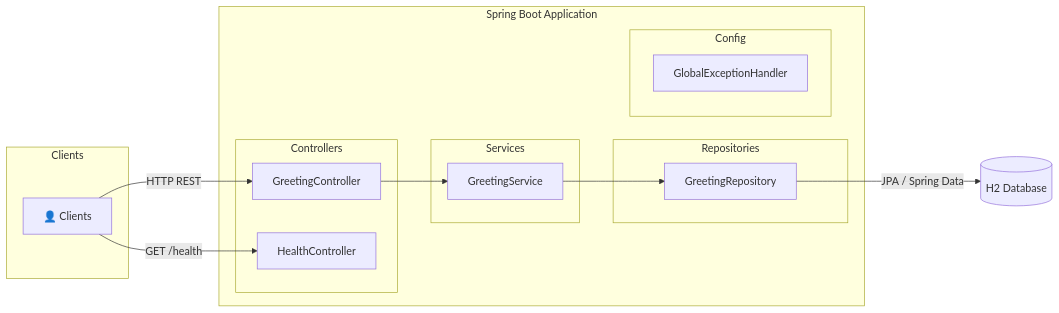
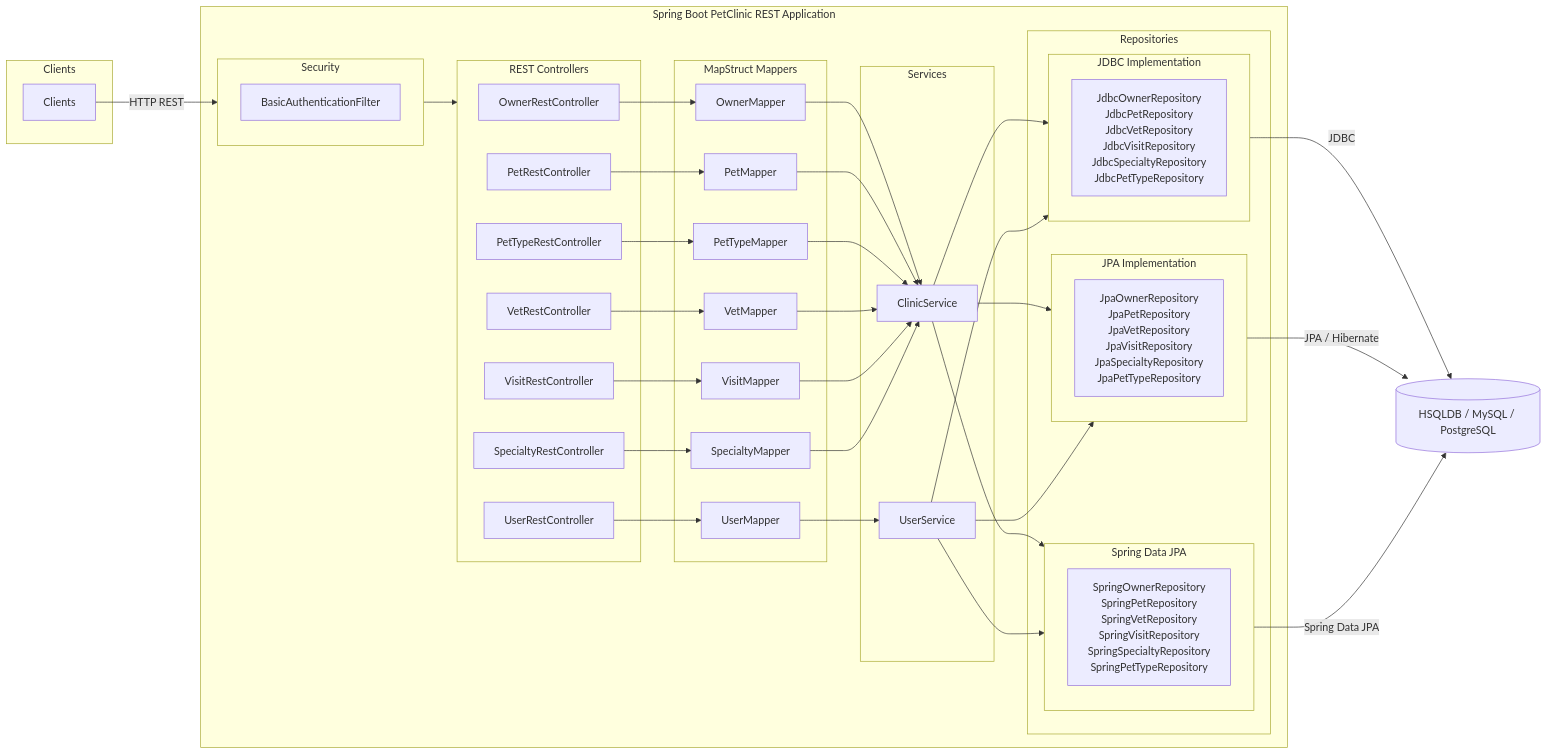
One commit to abossard/ghcp-agent-2024 changed the diagram in docs/diagrams/architecture.mmd. Above: the diagram before and after it, drawn with Mermaid. The commit also changed 159 other files, not shown here.

First line of the commit message:
Add application.properties for profile and database configuration

```diff
--- a/docs/diagrams/architecture.mmd
+++ b/docs/diagrams/architecture.mmd
@@ -1,28 +1,79 @@
 graph LR
   subgraph Clients
-    user["👤 Clients"]
+    user["Clients"]
   end
 
-  subgraph app["Spring Boot Application"]
-    subgraph controllers["Controllers"]
-      gc["GreetingController"]
-      hc["HealthController"]
+  subgraph app["Spring Boot PetClinic REST Application"]
+    subgraph security["Security"]
+      bf["BasicAuthenticationFilter"]
     end
+
+    subgraph controllers["REST Controllers"]
+      oc["OwnerRestController"]
+      pc["PetRestController"]
+      ptc["PetTypeRestController"]
+      vc["VetRestController"]
+      vic["VisitRestController"]
+      sc["SpecialtyRestController"]
+      uc["UserRestController"]
+    end
+
+    subgraph mappers["MapStruct Mappers"]
+      om["OwnerMapper"]
+      pm["PetMapper"]
+      ptm["PetTypeMapper"]
+      vm["VetMapper"]
+      vim["VisitMapper"]
+      sm["SpecialtyMapper"]
+      um["UserMapper"]
+    end
+
     subgraph services["Services"]
-      gs["GreetingService"]
+      cs["ClinicService"]
+      us["UserService"]
     end
+
     subgraph repositories["Repositories"]
-      gr["GreetingRepository"]
+      subgraph jdbc["JDBC Implementation"]
+        jdbc_r["JdbcOwnerRepository<br/>JdbcPetRepository<br/>JdbcVetRepository<br/>JdbcVisitRepository<br/>JdbcSpecialtyRepository<br/>JdbcPetTypeRepository"]
+      end
+      subgraph jpa["JPA Implementation"]
+        jpa_r["JpaOwnerRepository<br/>JpaPetRepository<br/>JpaVetRepository<br/>JpaVisitRepository<br/>JpaSpecialtyRepository<br/>JpaPetTypeRepository"]
+      end
+      subgraph springdata["Spring Data JPA"]
+        sd_r["SpringOwnerRepository<br/>SpringPetRepository<br/>SpringVetRepository<br/>SpringVisitRepository<br/>SpringSpecialtyRepository<br/>SpringPetTypeRepository"]
+      end
     end
-    subgraph config["Config"]
-      eh["GlobalExceptionHandler"]
-    end
-    gc --> gs
-    gs --> gr
   end
 
-  db[("H2 Database")]
+  db[("HSQLDB / MySQL / PostgreSQL")]
 
-  user -->|"HTTP REST"| gc
-  user -->|"GET /health"| hc
-  gr -->|"JPA / Spring Data"| db
+  user -->|"HTTP REST"| security
+  security --> controllers
+
+  oc --> om
+  pc --> pm
+  ptc --> ptm
+  vc --> vm
+  vic --> vim
+  sc --> sm
+  uc --> um
+
+  om --> cs
+  pm --> cs
+  ptm --> cs
+  vm --> cs
+  vim --> cs
+  sm --> cs
+  um --> us
+
+  cs --> jdbc
+  cs --> jpa
+  cs --> springdata
+  us --> jdbc
+  us --> jpa
+  us --> springdata
+
+  jdbc -->|"JDBC"| db
+  jpa -->|"JPA / Hibernate"| db
+  springdata -->|"Spring Data JPA"| db
```
